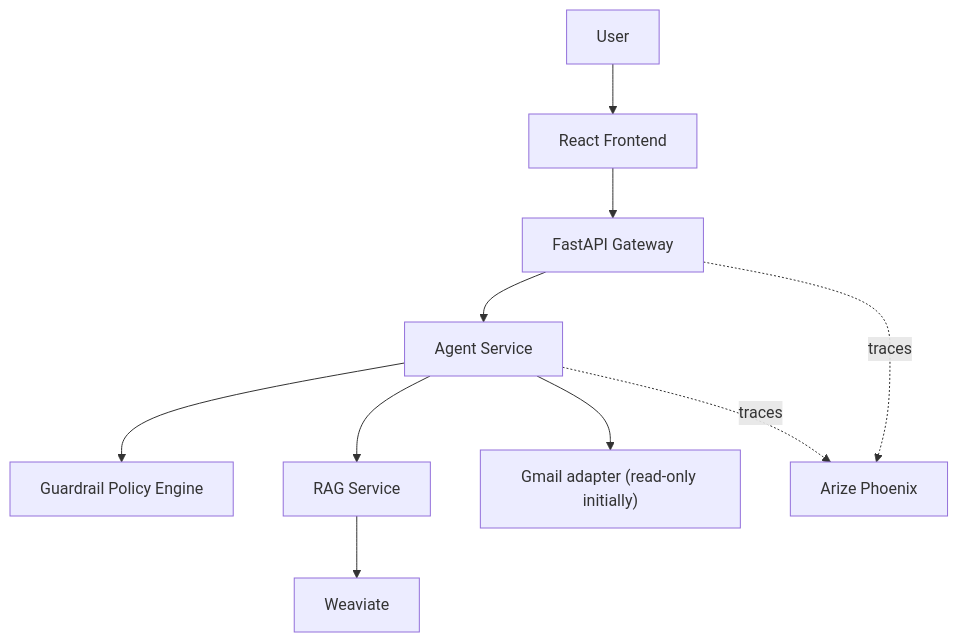
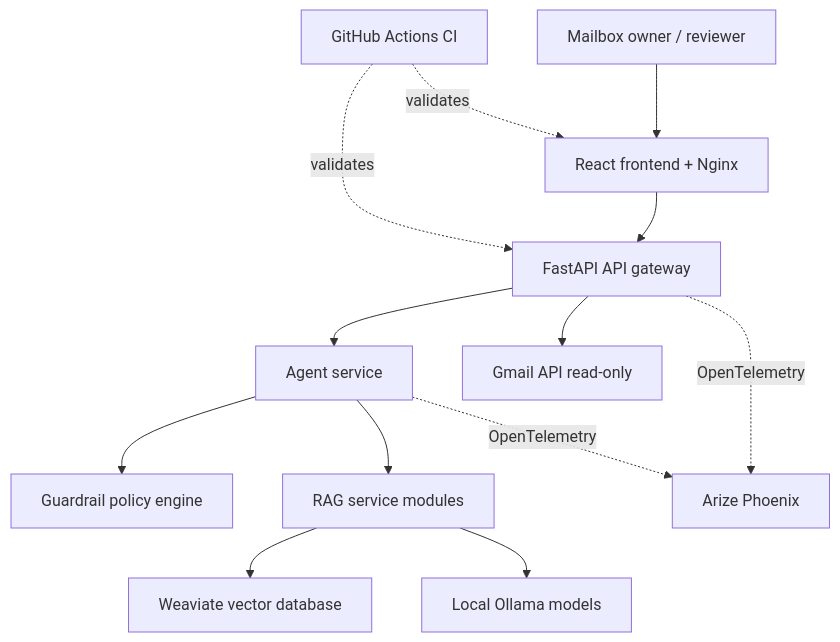
Before and after one commit to KarthikBalaje/enterprise-gmail-intelligence-capstone: the diagram in diagrams/container.mmd, drawn with Mermaid. The commit also changed 26 other files, not shown here.

```diff
--- a/diagrams/container.mmd
+++ b/diagrams/container.mmd
@@ -1,10 +1,17 @@
 flowchart TB
-    User["User"] --> UI["React Frontend"]
-    UI --> API["FastAPI Gateway"]
-    API --> Agent["Agent Service"]
-    Agent --> Policy["Guardrail Policy Engine"]
-    Agent --> RAG["RAG Service"]
-    RAG --> WV["Weaviate"]
-    Agent --> Gmail["Gmail adapter (read-only initially)"]
-    API -. traces .-> Phoenix["Arize Phoenix"]
-    Agent -. traces .-> Phoenix
+    User["Mailbox owner / reviewer"] --> UI["React frontend + Nginx"]
+    UI --> API["FastAPI API gateway"]
+
+    API --> Agent["Agent service"]
+    API --> Gmail["Gmail API read-only"]
+
+    Agent --> Guardrails["Guardrail policy engine"]
+    Agent --> Rag["RAG service modules"]
+    Rag --> Weaviate["Weaviate vector database"]
+    Rag --> Ollama["Local Ollama models"]
+
+    API -. OpenTelemetry .-> Phoenix["Arize Phoenix"]
+    Agent -. OpenTelemetry .-> Phoenix
+
+    CI["GitHub Actions CI"] -. validates .-> API
+    CI -. validates .-> UI
```
